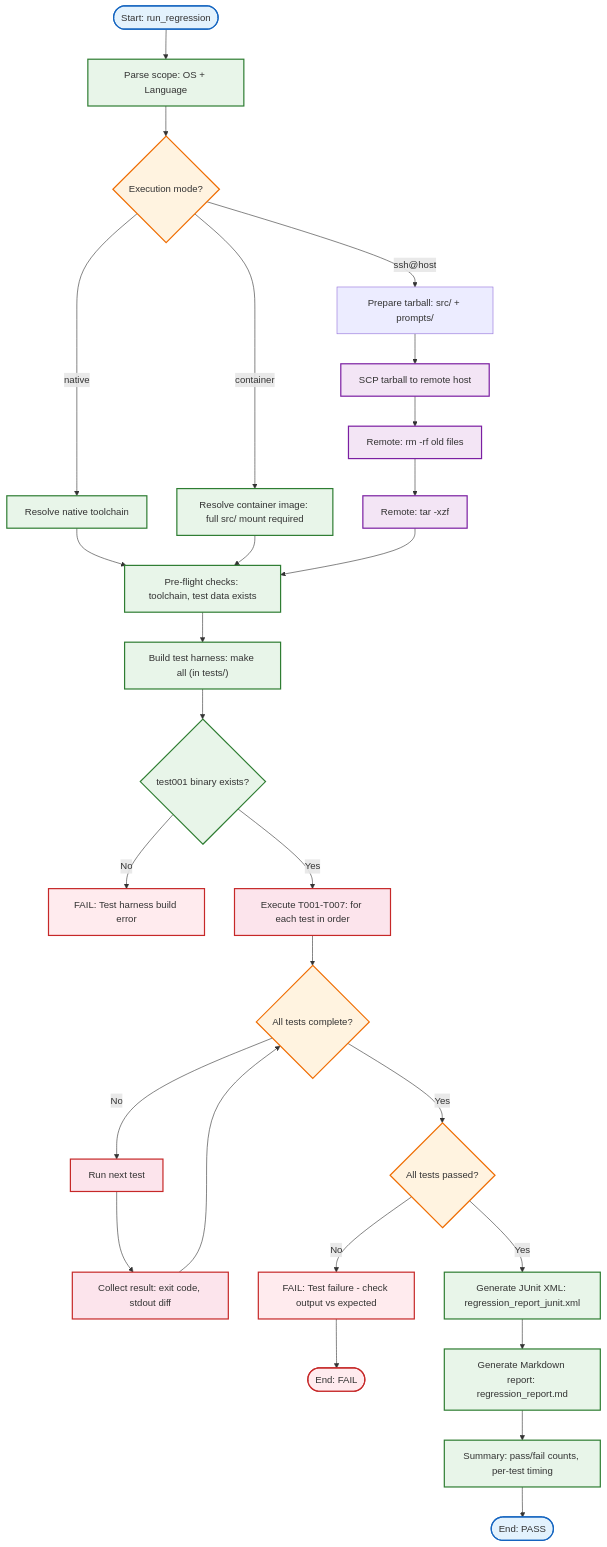
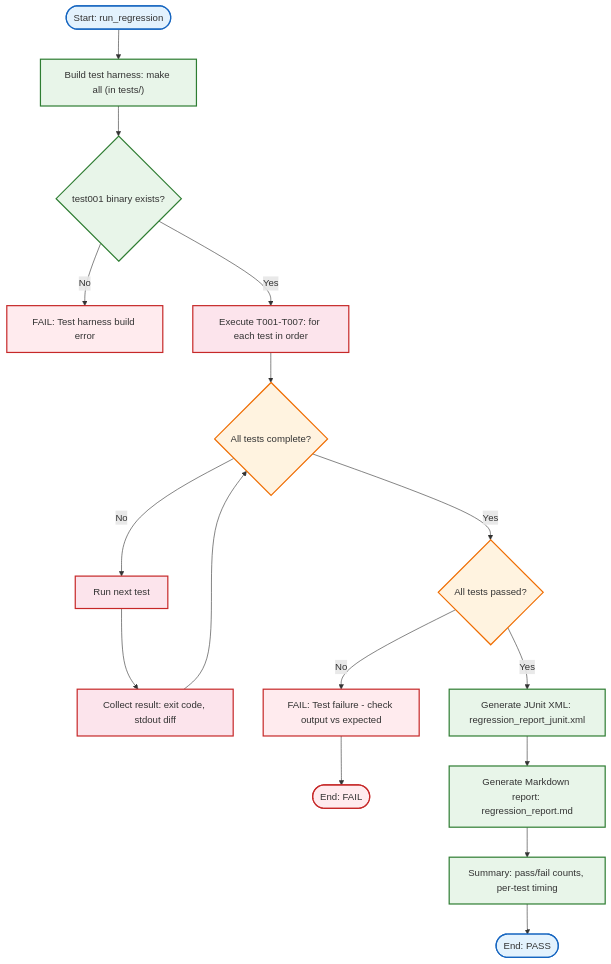
Before and after one commit to ebruno/codesamples: the third of 4 diagrams in ringbuffer/README.md, drawn with Mermaid. The commit also changed other lines of this file, not shown here.

````diff
--- a/ringbuffer/README.md
+++ b/ringbuffer/README.md
@@ -842,50 +845,34 @@
 ```mermaid
 flowchart TD
-    Start([Start: run_regression]) --> Scope[Parse scope: OS + Language]
-    Scope --> Mode{Execution mode?}
-    
-    Mode -->|native| Native[Resolve native toolchain]
-    Mode -->|container| Container[Resolve container image: full src/ mount required]
-    Mode -->|"ssh@host"| SshRemote[Prepare tarball: src/ + prompts/]
-    
-    Native --> PreCheck[Pre-flight checks: toolchain, test data exists]
-    Container --> PreCheck
-    SshRemote --> SCP[SCP tarball to remote host]
-    SCP --> RemoteClean[Remote: rm -rf old files]
-    RemoteClean --> RemoteUnpack[Remote: tar -xzf]
-    RemoteUnpack --> PreCheck
-    
-    PreCheck --> BuildTest["Build test harness: make all (in tests/)"]
+    Start([Start: run_regression]) --> BuildTest["Build test harness: make all (in tests/)"]
     BuildTest --> HarnessOK{test001 binary exists?}
-    
+
     HarnessOK -->|No| FailHarness[FAIL: Test harness build error]
     HarnessOK -->|Yes| RunTests[Execute T001-T007: for each test in order]
-    
+
     RunTests --> TLoop{All tests complete?}
     TLoop -->|No| NextTest[Run next test]
     NextTest --> CollectResult[Collect result: exit code, stdout diff]
     CollectResult --> TLoop
-    
+
     TLoop -->|Yes| Results{All tests passed?}
-    
+
     Results -->|No| FailTests[FAIL: Test failure - check output vs expected]
     Results -->|Yes| JUnit[Generate JUnit XML: regression_report_junit.xml]
-    
+
     FailTests --> EndFail([End: FAIL])
     JUnit --> Markdown[Generate Markdown report: regression_report.md]
     Markdown --> Summary[Summary: pass/fail counts, per-test timing]
     Summary --> EndOK([End: PASS])
-    
+
     classDef startend fill:#e3f2fd,stroke:#1565c0,stroke-width:2px
     classDef process fill:#e8f5e9,stroke:#2e7d32,stroke-width:2px
     classDef decision fill:#fff3e0,stroke:#ef6c00,stroke-width:2px
     classDef fail fill:#ffebee,stroke:#c62828,stroke-width:2px
-    classDef ssh fill:#f3e5f5,stroke:#7b1fa2,stroke-width:2px
     classDef test fill:#fce4ec,stroke:#c62828,stroke-width:2px
     class Start,EndOK startend
-    class Scope,Native,Container,PreCheck,BuildTest,HarnessOK,JUnit,Markdown,Summary process
-    class Mode,TLoop,Results decision
-    class SCP,RemoteClean,RemoteUnpack ssh
+    class BuildTest,HarnessOK,JUnit,Markdown,Summary process
+    class TLoop,Results decision
     class FailHarness,FailTests,EndFail fail
     class RunTests,NextTest,CollectResult test
 ```
````
